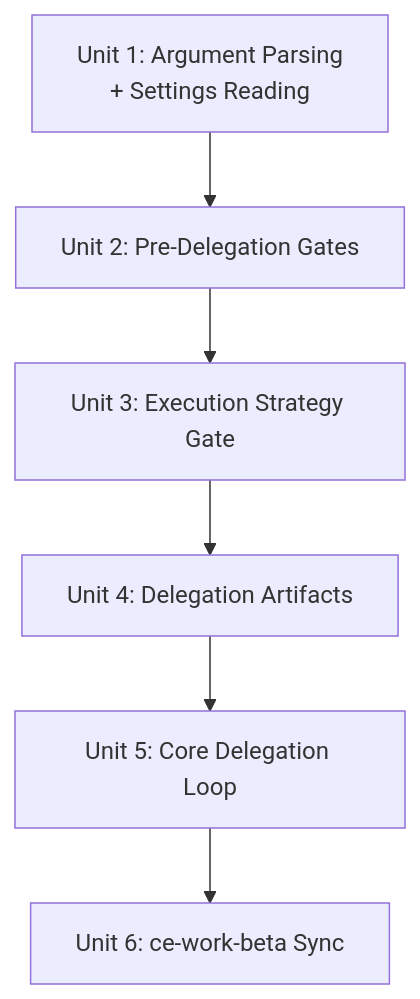
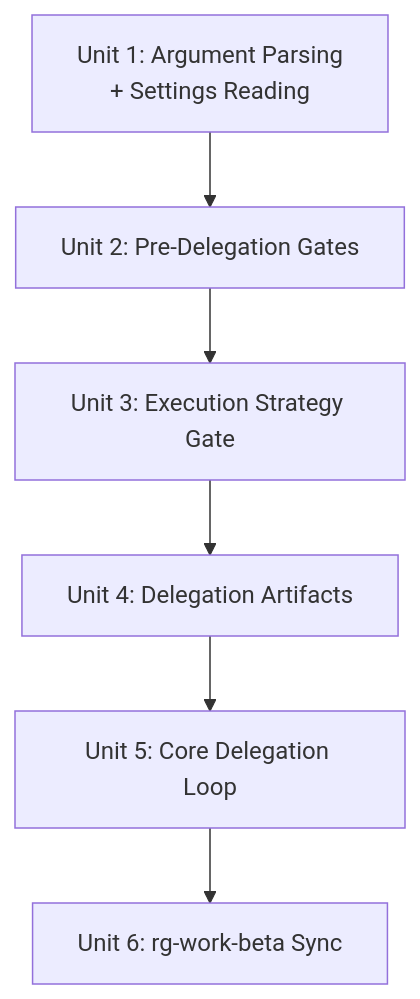
One commit to Lukas-Rdt/rg-worldbuilding-plugin changed the diagram in docs/plans/2026-03-31-001-feat-codex-delegation-plan.md. Above: the diagram before and after it, drawn with Mermaid. The commit also changed other lines of this file and 741 other files, not shown here.

````diff
--- a/docs/plans/2026-03-31-001-feat-codex-delegation-plan.md
+++ b/docs/plans/2026-03-31-001-feat-codex-delegation-plan.md
@@ -146,8 +146,8 @@
 ```mermaid
 graph TB
     U1[Unit 1: Argument Parsing<br/>+ Settings Reading] --> U2[Unit 2: Pre-Delegation Gates]
     U2 --> U3[Unit 3: Execution Strategy Gate]
     U3 --> U4[Unit 4: Delegation Artifacts]
     U4 --> U5[Unit 5: Core Delegation Loop]
-    U5 --> U6[Unit 6: ce-work-beta Sync]
+    U5 --> U6[Unit 6: rg-work-beta Sync]
 ```
````
